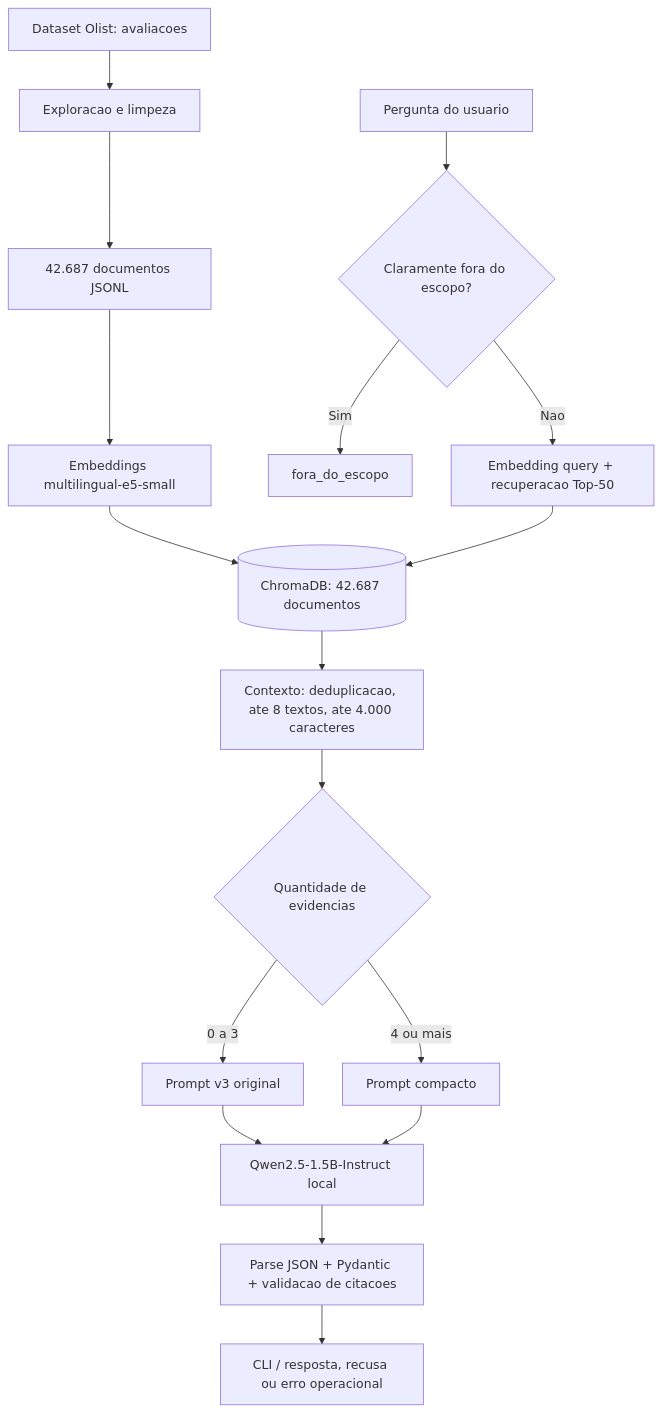
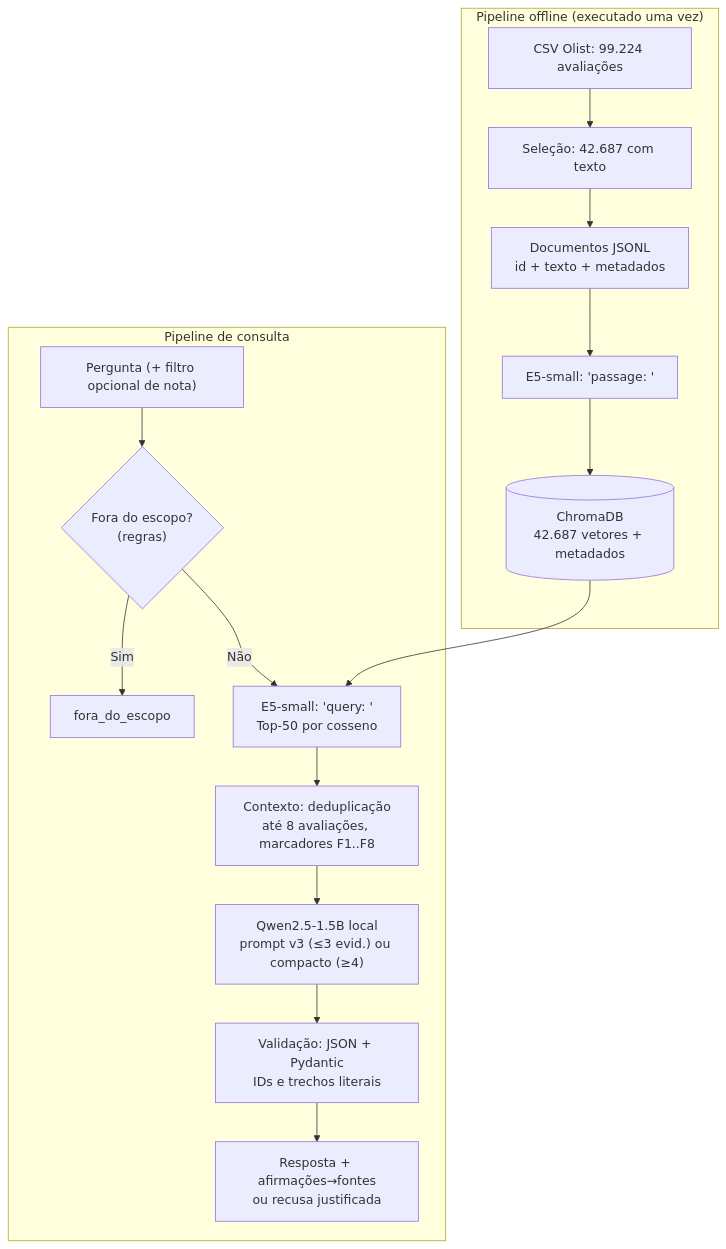
Before and after one commit to AndrePellegrini/tech-challenge-fase4: the diagram in README.md, drawn with Mermaid. The commit also changed other lines of this file and 5 other files, not shown here.

````diff
--- a/README.md
+++ b/README.md
@@ -100,20 +48,21 @@
 ```mermaid
 flowchart TD
-    A["Dataset Olist: avaliacoes"] --> B["Exploracao e limpeza"]
-    B --> C["42.687 documentos JSONL"]
-    C --> D["Embeddings multilingual-e5-small"]
-    D --> E[("ChromaDB: 42.687 documentos")]
+    subgraph OFFLINE["Pipeline offline (executado uma vez)"]
+        A["CSV Olist: 99.224 avaliações"] --> B["Seleção: 42.687 com texto"]
+        B --> C["Documentos JSONL<br/>id + texto + metadados"]
+        C --> D["E5-small: 'passage: '"]
+        D --> E[("ChromaDB<br/>42.687 vetores + metadados")]
+    end
 
-    Q["Pergunta do usuario"] --> S{"Claramente fora do escopo?"}
-    S -->|Sim| X["fora_do_escopo"]
-    S -->|Nao| F["Embedding query + recuperacao Top-50"]
-    F --> E
-    E --> G["Contexto: deduplicacao, ate 8 textos, ate 4.000 caracteres"]
-    G --> H{"Quantidade de evidencias"}
-    H -->|"0 a 3"| P1["Prompt v3 original"]
-    H -->|"4 ou mais"| P2["Prompt compacto"]
-    P1 --> I["Qwen2.5-1.5B-Instruct local"]
-    P2 --> I
-    I --> J["Parse JSON + Pydantic + validacao de citacoes"]
-    J --> K["CLI / resposta, recusa ou erro operacional"]
+    subgraph CONSULTA["Pipeline de consulta"]
+        Q["Pergunta (+ filtro opcional de nota)"] --> S{"Fora do escopo?<br/>(regras)"}
+        S -->|Sim| X["fora_do_escopo"]
+        S -->|Não| R["E5-small: 'query: '<br/>Top-50 por cosseno"]
+        R --> CT["Contexto: deduplicação<br/>até 8 avaliações, marcadores F1..F8"]
+        CT --> G["Qwen2.5-1.5B local<br/>prompt v3 (≤3 evid.) ou compacto (≥4)"]
+        G --> V["Validação: JSON + Pydantic<br/>IDs e trechos literais"]
+        V --> O["Resposta + afirmações→fontes<br/>ou recusa justificada"]
+    end
+
+    E --> R
 ```
````
